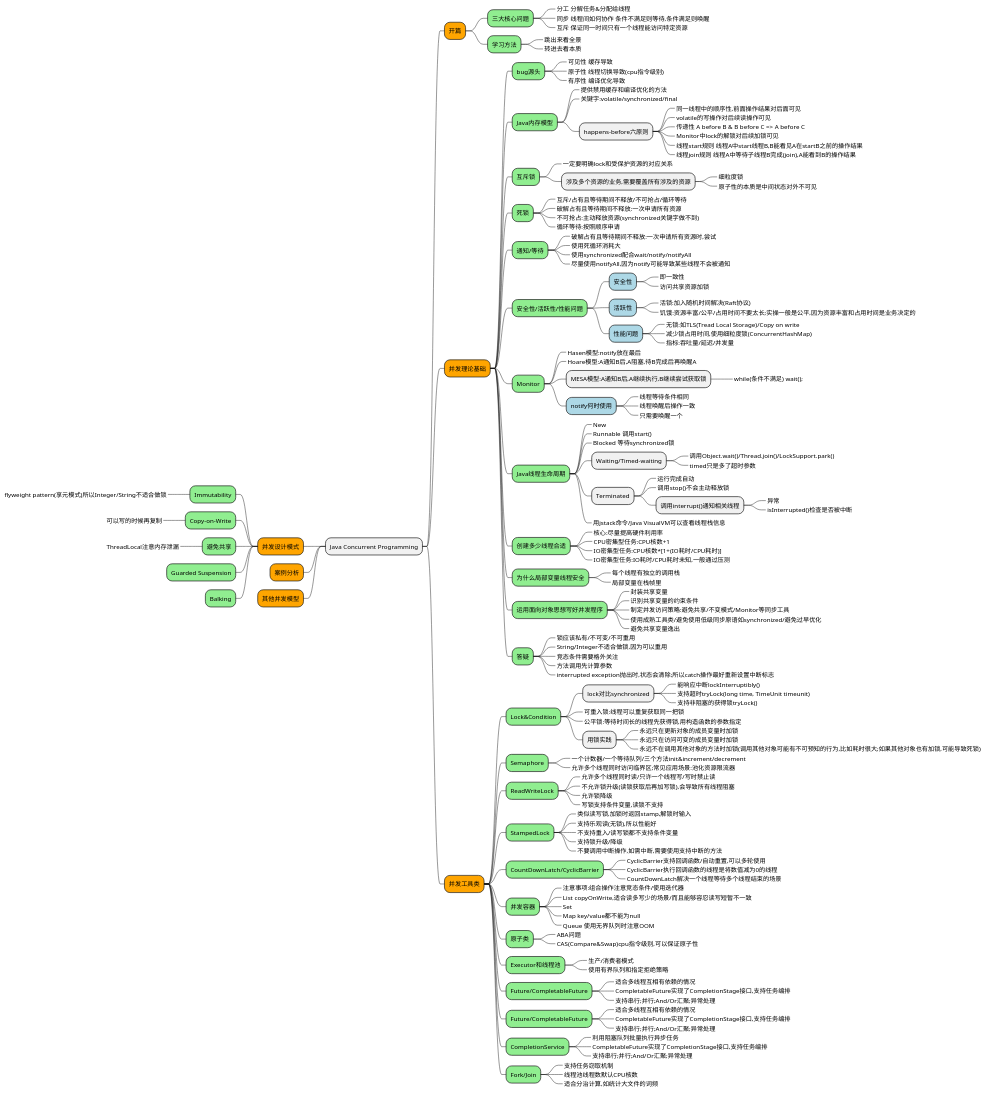
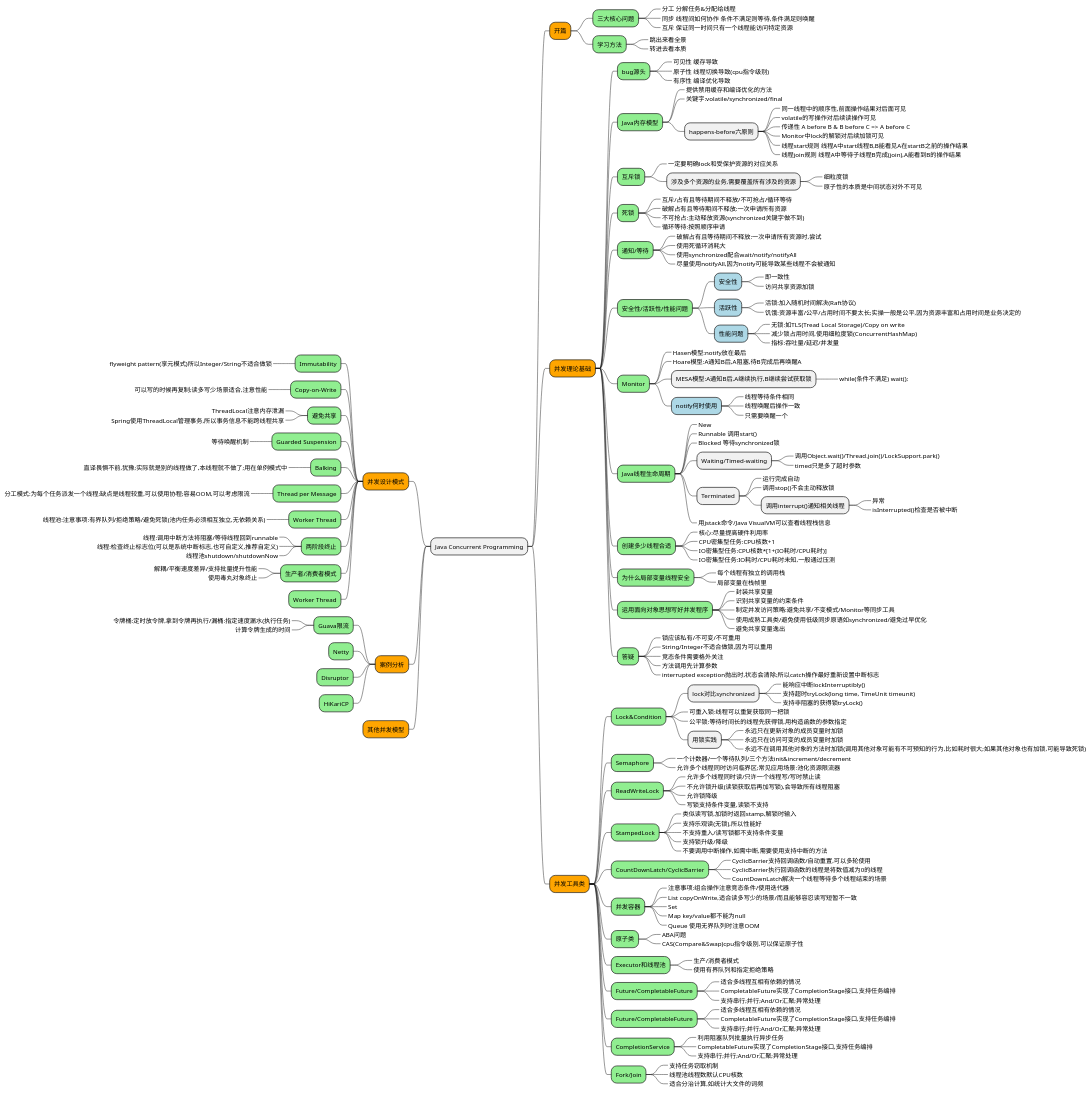
The diagram in mindmap/JavaConcurrent.puml (kingraser/Learning), drawn with PlantUML before and after one commit.

Commit message:
Java ConCurrent

```diff
--- a/mindmap/JavaConcurrent.puml
+++ b/mindmap/JavaConcurrent.puml
@@ -1,165 +1,186 @@
 @startmindmap
 * Java Concurrent Programming
     *[#orange] 开篇
         *[#lightgreen] 三大核心问题
             *_ 分工 分解任务&分配给线程
             *_ 同步 线程间如何协作 条件不满足则等待,条件满足则唤醒
             *_ 互斥 保证同一时间只有一个线程能访问特定资源
         *[#lightgreen] 学习方法
             *_ 跳出来看全景
             *_ 转进去看本质
     *[#orange] 并发理论基础
         *[#lightgreen] bug源头
             *_ 可见性 缓存导致
             *_ 原子性 线程切换导致(cpu指令级别)
             *_ 有序性 编译优化导致
         *[#lightgreen] Java内存模型
             *_ 提供禁用缓存和编译优化的方法
             *_ 关键字:volatile/synchronized/final
             * happens-before六原则
                 *_ 同一线程中的顺序性,前面操作结果对后面可见
                 *_ volatile的写操作对后续读操作可见
                 *_ 传递性 A before B & B before C => A before C
                 *_ Monitor中lock的解锁对后续加锁可见
                 *_ 线程start规则 线程A中start线程B,B能看见A在startB之前的操作结果
                 *_ 线程join规则 线程A中等待子线程B完成(join),A能看到B的操作结果
         *[#lightgreen] 互斥锁
             *_ 一定要明确lock和受保护资源的对应关系
             * 涉及多个资源的业务,需要覆盖所有涉及的资源
                 *_ 细粒度锁
                 *_ 原子性的本质是中间状态对外不可见
         *[#lightgreen] 死锁
             *_ 互斥/占有且等待期间不释放/不可抢占/循环等待
             *_ 破解占有且等待期间不释放:一次申请所有资源
             *_ 不可抢占:主动释放资源(synchronized关键字做不到)
             *_ 循环等待:按照顺序申请
         *[#lightgreen] 通知/等待
             *_ 破解占有且等待期间不释放:一次申请所有资源时,尝试
             *_ 使用死循环消耗大
             *_ 使用synchronized配合wait/notify/notifyAll
             *_ 尽量使用notifyAll,因为notify可能导致某些线程不会被通知
         *[#lightgreen] 安全性/活跃性/性能问题
             *[#lightblue] 安全性
                 *_ 即一致性
                 *_ 访问共享资源加锁
             *[#lightblue] 活跃性
                 *_ 活锁:加入随机时间解决(Raft协议)
                 *_ 饥饿:资源丰富/公平/占用时间不要太长;实操一般是公平,因为资源丰富和占用时间是业务决定的
             *[#lightblue] 性能问题
                 *_ 无锁:如TLS(Tread Local Storage)/Copy on write
                 *_ 减少锁占用时间,使用细粒度锁(ConcurrentHashMap)
                 *_ 指标:吞吐量/延迟/并发量
         *[#lightgreen] Monitor
             *_ Hasen模型:notify放在最后
             *_ Hoare模型:A通知B后,A阻塞,待B完成后再唤醒A
             * MESA模型:A通知B后,A继续执行,B继续尝试获取锁
                 *_ while(条件不满足) wait();
             *[#lightblue] notify何时使用
                 *_ 线程等待条件相同
                 *_ 线程唤醒后操作一致
                 *_ 只需要唤醒一个
         *[#lightgreen] Java线程生命周期
             *_ New
             *_ Runnable 调用start()
             *_ Blocked 等待synchronized锁
             * Waiting/Timed-waiting
                 *_ 调用Object.wait()/Thread.join()/LockSupport.park()
                 *_ timed只是多了超时参数
             * Terminated
                 *_ 运行完成自动
                 *_ 调用stop()不会主动释放锁
                 * 调用interrupt()通知相关线程
                     *_ 异常
                     *_ isInterrupted()检查是否被中断
             *_ 用jstack命令/Java VisualVM可以查看线程栈信息
         *[#lightgreen] 创建多少线程合适
             *_ 核心:尽量提高硬件利用率
             *_ CPU密集型任务:CPU核数+1
             *_ IO密集型任务:CPU核数*[1+(IO耗时/CPU耗时)]
             *_ IO密集型任务:IO耗时/CPU耗时未知,一般通过压测
         *[#lightgreen] 为什么局部变量线程安全
             *_ 每个线程有独立的调用栈
             *_ 局部变量在栈帧里
         *[#lightgreen] 运用面向对象思想写好并发程序
             *_ 封装共享变量
             *_ 识别共享变量的约束条件
             *_ 制定并发访问策略:避免共享/不变模式/Monitor等同步工具
             *_ 使用成熟工具类/避免使用低级同步原语如synchronized/避免过早优化
             *_ 避免共享变量逸出
         *[#lightgreen] 答疑
             *_ 锁应该私有/不可变/不可重用
             *_ String/Integer不适合做锁,因为可以重用
             *_ 竞态条件需要格外关注
             *_ 方法调用先计算参数
             *_ interrupted exception抛出时,状态会清除;所以catch操作最好重新设置中断标志
     *[#orange] 并发工具类
         *[#lightgreen] Lock&Condition
             * lock对比synchronized
                 *_ 能响应中断lockInterruptibly()
                 *_ 支持超时tryLock(long time, TimeUnit timeunit)
                 *_ 支持非阻塞的获得锁tryLock()
             *_ 可重入锁:线程可以重复获取同一把锁
             *_ 公平锁:等待时间长的线程先获得锁,用构造函数的参数指定
             * 用锁实践
                 *_ 永远只在更新对象的成员变量时加锁
                 *_ 永远只在访问可变的成员变量时加锁
                 *_ 永远不在调用其他对象的方法时加锁(调用其他对象可能有不可预知的行为,比如耗时很大;如果其他对象也有加锁,可能导致死锁)
         *[#lightgreen] Semaphore
             *_ 一个计数器/一个等待队列/三个方法init&increment/decrement
             *_ 允许多个线程同时访问临界区;常见应用场景:池化资源限流器
         *[#lightgreen] ReadWriteLock
             *_ 允许多个线程同时读/只许一个线程写/写时禁止读
             *_ 不允许锁升级(读锁获取后再加写锁),会导致所有线程阻塞
             *_ 允许锁降级
             *_ 写锁支持条件变量,读锁不支持
         *[#lightgreen] StampedLock
             *_ 类似读写锁,加锁时返回stamp,解锁时输入
             *_ 支持乐观读(无锁),所以性能好
             *_ 不支持重入/读写锁都不支持条件变量
             *_ 支持锁升级/降级
             *_ 不要调用中断操作,如需中断,需要使用支持中断的方法
         *[#lightgreen] CountDownLatch/CyclicBarrier
             *_ CyclicBarrier支持回调函数/自动重置,可以多轮使用
             *_ CyclicBarrier执行回调函数的线程是将数值减为0的线程
             *_ CountDownLatch解决一个线程等待多个线程结束的场景
         *[#lightgreen] 并发容器
             *_ 注意事项:组合操作注意竞态条件/使用迭代器
             *_ List copyOnWrite,适合读多写少的场景/而且能够容忍读写短暂不一致
             *_ Set
             *_ Map key/value都不能为null
             *_ Queue 使用无界队列时注意OOM
         *[#lightgreen] 原子类
             *_ ABA问题
             *_ CAS(Compare&Swap)cpu指令级别,可以保证原子性
         *[#lightgreen] Executor和线程池
             *_ 生产/消费者模式
             *_ 使用有界队列和指定拒绝策略
         *[#lightgreen] Future/CompletableFuture
             *_ 适合多线程互相有依赖的情况
             *_ CompletableFuture实现了CompletionStage接口,支持任务编排
             *_ 支持串行;并行;And/Or汇聚;异常处理
         *[#lightgreen] Future/CompletableFuture
             *_ 适合多线程互相有依赖的情况
             *_ CompletableFuture实现了CompletionStage接口,支持任务编排
             *_ 支持串行;并行;And/Or汇聚;异常处理
         *[#lightgreen] CompletionService
             *_ 利用阻塞队列批量执行异步任务
             *_ CompletableFuture实现了CompletionStage接口,支持任务编排
             *_ 支持串行;并行;And/Or汇聚;异常处理
         *[#lightgreen] Fork/Join
             *_ 支持任务窃取机制
             *_ 线程池线程数默认CPU核数
             *_ 适合分治计算,如统计大文件的词频
 left side
     *[#orange] 并发设计模式
         *[#lightgreen] Immutability
             *_ flyweight pattern(享元模式)所以Integer/String不适合做锁
         *[#lightgreen] Copy-on-Write
-            *_ 可以写的时候再复制
+            *_ 可以写的时候再复制;读多写少场景适合,注意性能
         *[#lightgreen] 避免共享
             *_ ThreadLocal注意内存泄漏
+            *_ Spring使用ThreadLocal管理事务,所以事务信息不能跨线程共享
         *[#lightgreen] Guarded Suspension
+            *_ 等待唤醒机制
         *[#lightgreen] Balking
+            *_ 直译畏惧不前,犹豫;实际就是别的线程做了,本线程就不做了;用在单例模式中
+        *[#lightgreen] Thread per Message
+            *_ 分工模式:为每个任务派发一个线程;缺点是线程较重,可以使用协程;容易OOM,可以考虑限流
+        *[#lightgreen] Worker Thread
+            *_ 线程池:注意事项:有界队列/拒绝策略/避免死锁(池内任务必须相互独立,无依赖关系)
+        *[#lightgreen] 两阶段终止
+            *_ 线程:调用中断方法将阻塞/等待线程回到runnable
+            *_ 线程:检查终止标志位(可以是系统中断标志,也可自定义,推荐自定义)
+            *_ 线程池shutdown/shutdownNow
+        *[#lightgreen] 生产者/消费者模式
+            *_ 解耦/平衡速度差异/支持批量提升性能
+            *_ 使用毒丸对象终止
+        *[#lightgreen] Worker Thread
     *[#orange] 案例分析
+        *[#lightgreen] Guava限流
+            *_ 令牌桶:定时放令牌,拿到令牌再执行/漏桶:指定速度漏水(执行任务)
+            *_ 计算令牌生成的时间
+        *[#lightgreen] Netty
+        *[#lightgreen] Disruptor
+        *[#lightgreen] HiKariCP
     *[#orange] 其他并发模型
 @endmindmap
```
